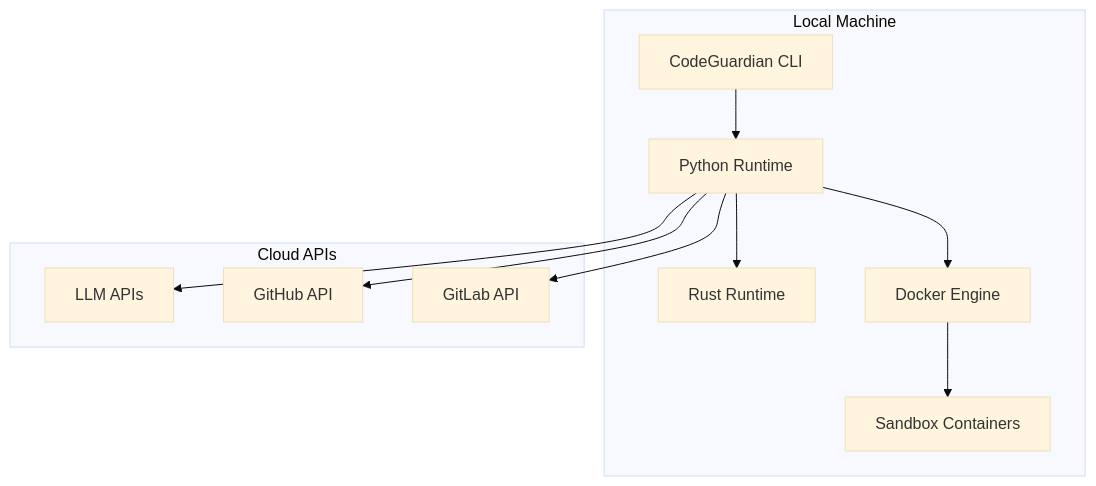
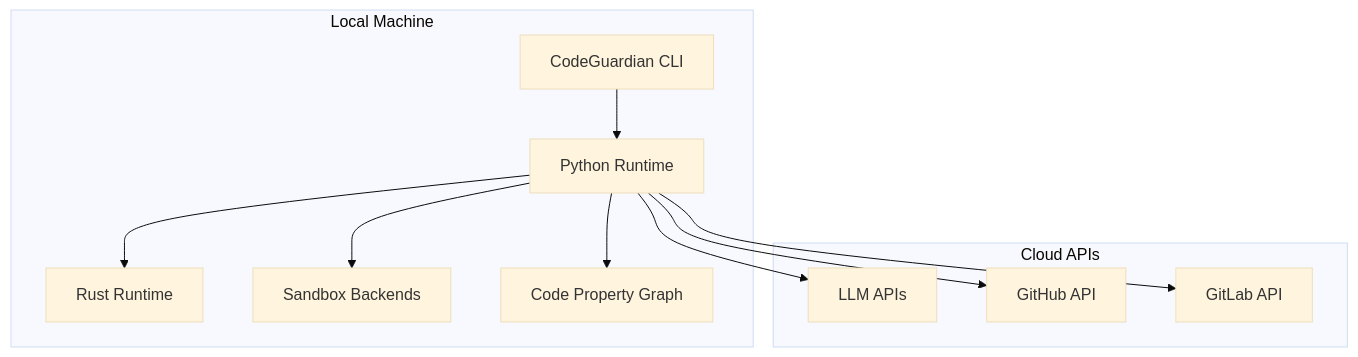
One commit to arubara2021/CodeGuardian changed diagram 24 of 25 in docs/04-architecture.md. Above: the diagram before and after it, drawn with Mermaid (base theme). The commit also changed other lines of this file and 5 other files, not shown here.

````diff
--- a/docs/04-architecture.md
+++ b/docs/04-architecture.md
@@ -1089,24 +1411,24 @@
 ```mermaid
 flowchart TB
     subgraph LocalMachine["Local Machine"]
         CLI[CodeGuardian CLI]
         Python[Python Runtime]
         Rust[Rust Runtime]
-        Docker[Docker Engine]
-        Sandbox[Sandbox Containers]
+        Sandbox[Sandbox Backends]
+        CPG[Code Property Graph]
     end
 
     subgraph Cloud["Cloud APIs"]
         LLM[LLM APIs]
         GitHub[GitHub API]
         GitLab[GitLab API]
     end
 
     CLI --> Python
     Python --> Rust
-    Python --> Docker
-    Docker --> Sandbox
+    Python --> Sandbox
+    Python --> CPG
     Python --> LLM
     Python --> GitHub
     Python --> GitLab
 ```
````
